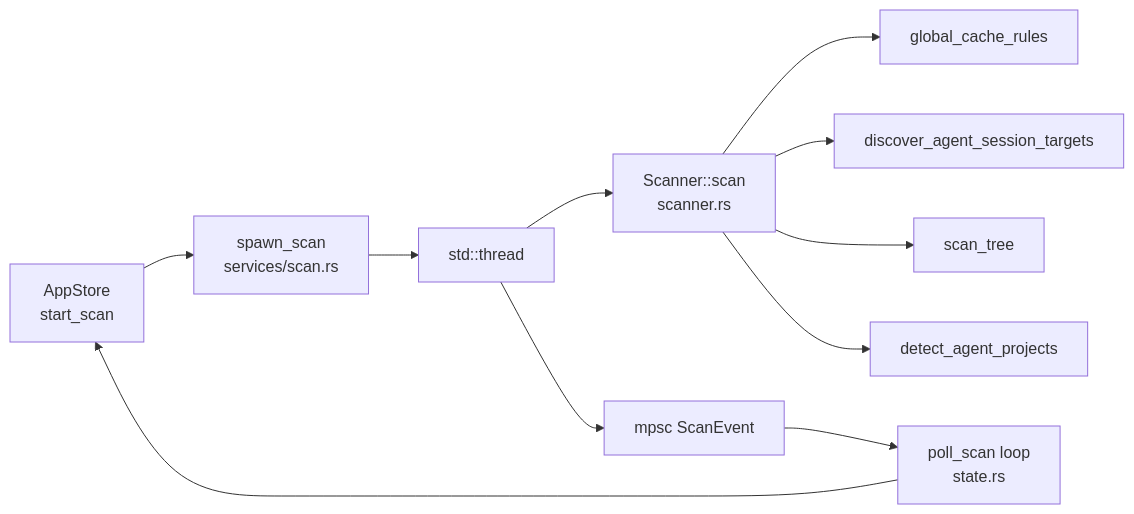
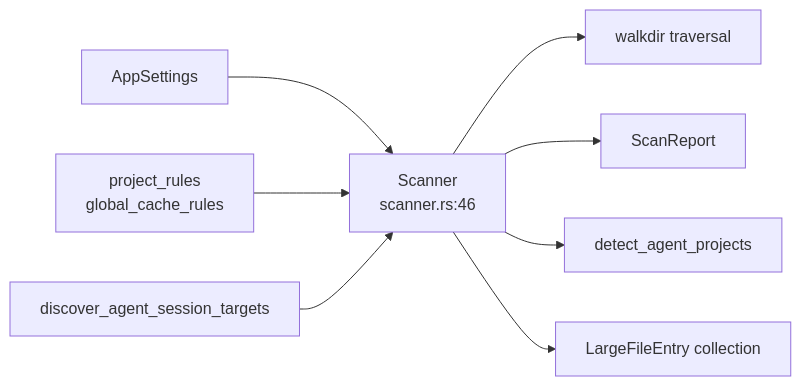
Before and after one commit to sopaco/CLV3000-Plus: the third of 6 diagrams in .terrain/human/2.Architecture.md, drawn with Mermaid. The commit also changed other lines of this file and 55 other files, not shown here.

````diff
--- a/.terrain/human/2.Architecture.md
+++ b/.terrain/human/2.Architecture.md
@@ -116,13 +112,10 @@
 ```mermaid
 graph LR
-    AppStore["AppStore<br/>start_scan"] --> SpawnScan["spawn_scan<br/>services/scan.rs"]
-    SpawnScan --> Thread["std::thread"]
-    Thread --> Scanner["Scanner::scan<br/>scanner.rs"]
-    Scanner --> GlobalRules["global_cache_rules"]
-    Scanner --> AgentSessions["discover_agent_session_targets"]
-    Scanner --> ScanTree["scan_tree"]
-    Scanner --> AgentDetect["detect_agent_projects"]
-    Thread --> Channel["mpsc ScanEvent"]
-    Channel --> Poll["poll_scan loop<br/>state.rs"]
-    Poll --> AppStore
+    Settings["AppSettings"] --> Scanner["Scanner<br/>scanner.rs:46"]
+    Rules["project_rules<br/>global_cache_rules"] --> Scanner
+    AgentSess["discover_agent_session_targets"] --> Scanner
+    Scanner --> WalkDir["walkdir traversal"]
+    Scanner --> ScanReport["ScanReport"]
+    Scanner --> AgentDet["detect_agent_projects"]
+    Scanner --> LargeFiles["LargeFileEntry collection"]
 ```
````
